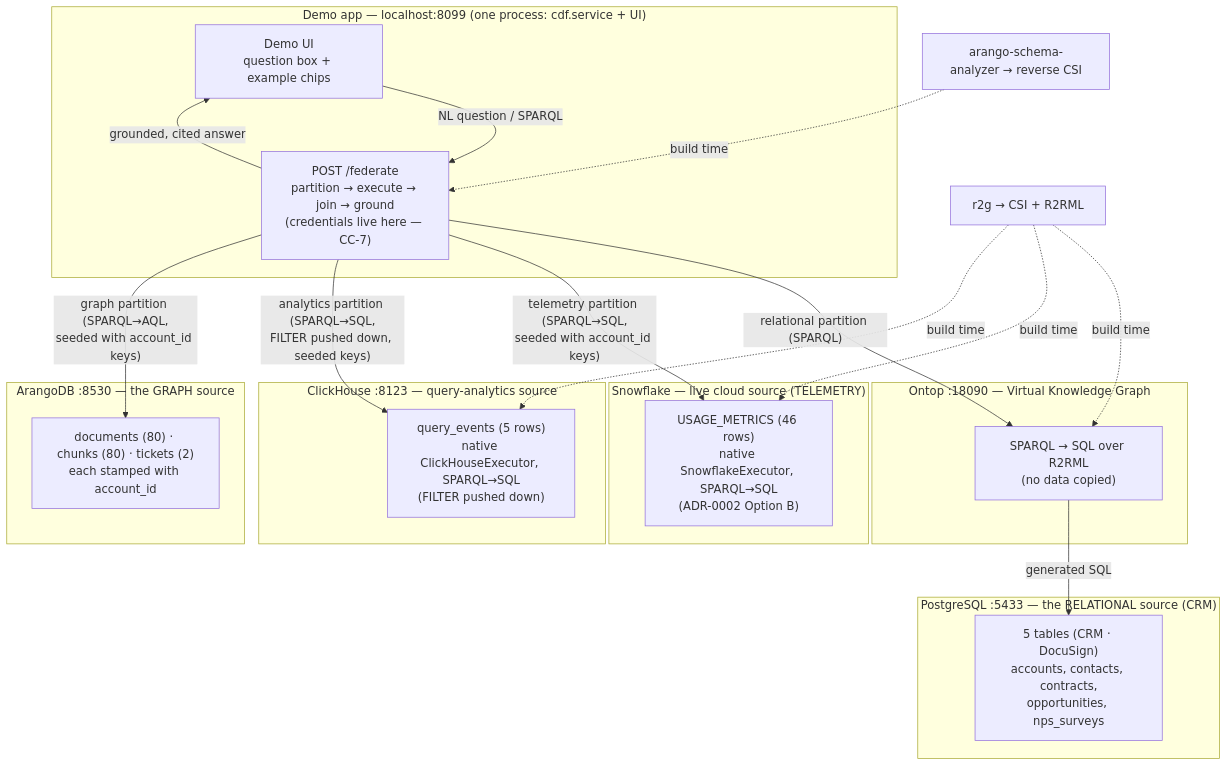
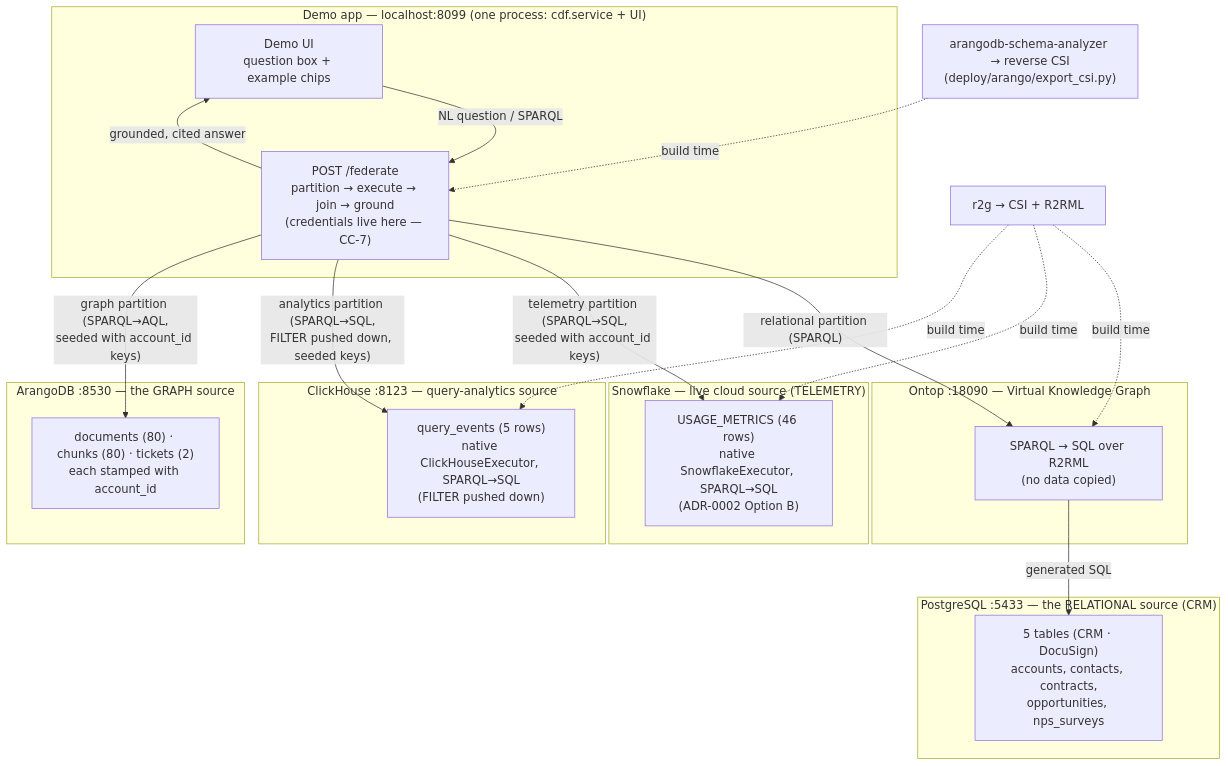
One commit to ArthurKeen/contextual-data-fabric changed the diagram in deploy/README.md. Above: the diagram before and after it, drawn with Mermaid. The commit also changed 10 other files, not shown here.

````diff
--- a/deploy/README.md
+++ b/deploy/README.md
@@ -51,36 +51,36 @@
 ```mermaid
 flowchart TB
     subgraph app["Demo app — localhost:8099 (one process: cdf.service + UI)"]
         UI["Demo UI<br/>question box + example chips"]
         E["POST /federate<br/>partition → execute → join → ground<br/>(credentials live here — CC-7)"]
         UI -->|"NL question / SPARQL"| E
     end
 
     subgraph pg["PostgreSQL :5433 — the RELATIONAL source (CRM)"]
         PGT["5 tables (CRM · DocuSign)<br/>accounts, contacts, contracts,<br/>opportunities, nps_surveys"]
     end
     subgraph ontop["Ontop :18090 — Virtual Knowledge Graph"]
         ONT["SPARQL → SQL over R2RML<br/>(no data copied)"]
     end
     subgraph snow["Snowflake — live cloud source (TELEMETRY)"]
         SNT["USAGE_METRICS (46 rows)<br/>native SnowflakeExecutor, SPARQL→SQL<br/>(ADR-0002 Option B)"]
     end
     subgraph ch["ClickHouse :8123 — query-analytics source"]
         CHT["query_events (5 rows)<br/>native ClickHouseExecutor, SPARQL→SQL<br/>(FILTER pushed down)"]
     end
     subgraph adb["ArangoDB :8530 — the GRAPH source"]
         ADBC["documents (80) · chunks (80) · tickets (2)<br/>each stamped with account_id"]
     end
 
     E -->|"relational partition (SPARQL)"| ONT
     ONT -->|"generated SQL"| PGT
     E -->|"telemetry partition (SPARQL→SQL,<br/>seeded with account_id keys)"| SNT
     E -->|"analytics partition (SPARQL→SQL,<br/>FILTER pushed down, seeded keys)"| CHT
     E -->|"graph partition (SPARQL→AQL,<br/>seeded with account_id keys)"| ADBC
     E -->|"grounded, cited answer"| UI
 
     RSA["r2g → CSI + R2RML"] -.->|build time| ONT
     RSA -.->|build time| SNT
     RSA -.->|build time| CHT
-    ANA["arango-schema-analyzer → reverse CSI"] -.->|build time| E
+    ANA["arangodb-schema-analyzer → reverse CSI<br/>(deploy/arango/export_csi.py)"] -.->|build time| E
 ```
````
